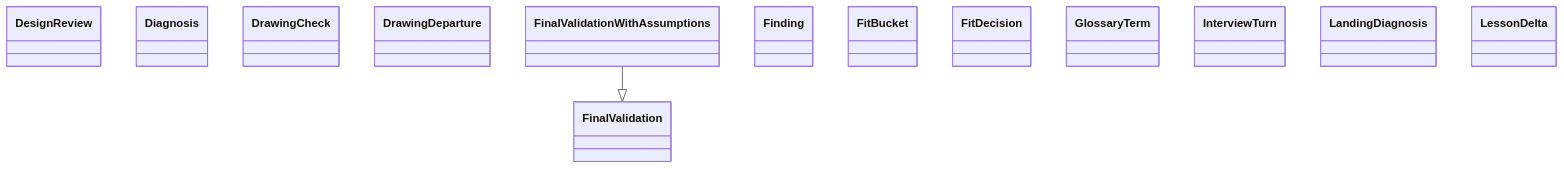
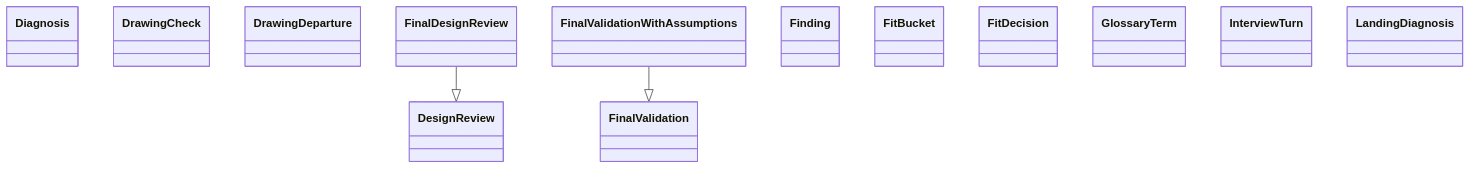
Before and after one commit to GonzaloZevallos/agentic-system: the diagram in docs/architecture/generated/classes-process-domain-roles-3.md, drawn with Mermaid. The commit also changed other lines of this file and 18 other files, not shown here.

Commit message:
Add classify, the drawing_checks record and its persistence, and regenerate the architecture docs

````diff
--- a/docs/architecture/generated/classes-process-domain-roles-3.md
+++ b/docs/architecture/generated/classes-process-domain-roles-3.md
@@ -30,17 +30,18 @@
 ```mermaid
 classDiagram
     class schemas__DesignReview["DesignReview"]
     class schemas__Diagnosis["Diagnosis"]
     class schemas__DrawingCheck["DrawingCheck"]
     class schemas__DrawingDeparture["DrawingDeparture"]
+    class schemas__FinalDesignReview["FinalDesignReview"]
     class schemas__FinalValidation["FinalValidation"]
     class schemas__FinalValidationWithAssumptions["FinalValidationWithAssumptions"]
     class schemas__Finding["Finding"]
     class schemas__FitBucket["FitBucket"]
     class schemas__FitDecision["FitDecision"]
     class schemas__GlossaryTerm["GlossaryTerm"]
     class schemas__InterviewTurn["InterviewTurn"]
     class schemas__LandingDiagnosis["LandingDiagnosis"]
-    class schemas__LessonDelta["LessonDelta"]
+    schemas__FinalDesignReview --|> schemas__DesignReview
     schemas__FinalValidationWithAssumptions --|> schemas__FinalValidation
 ```
````
